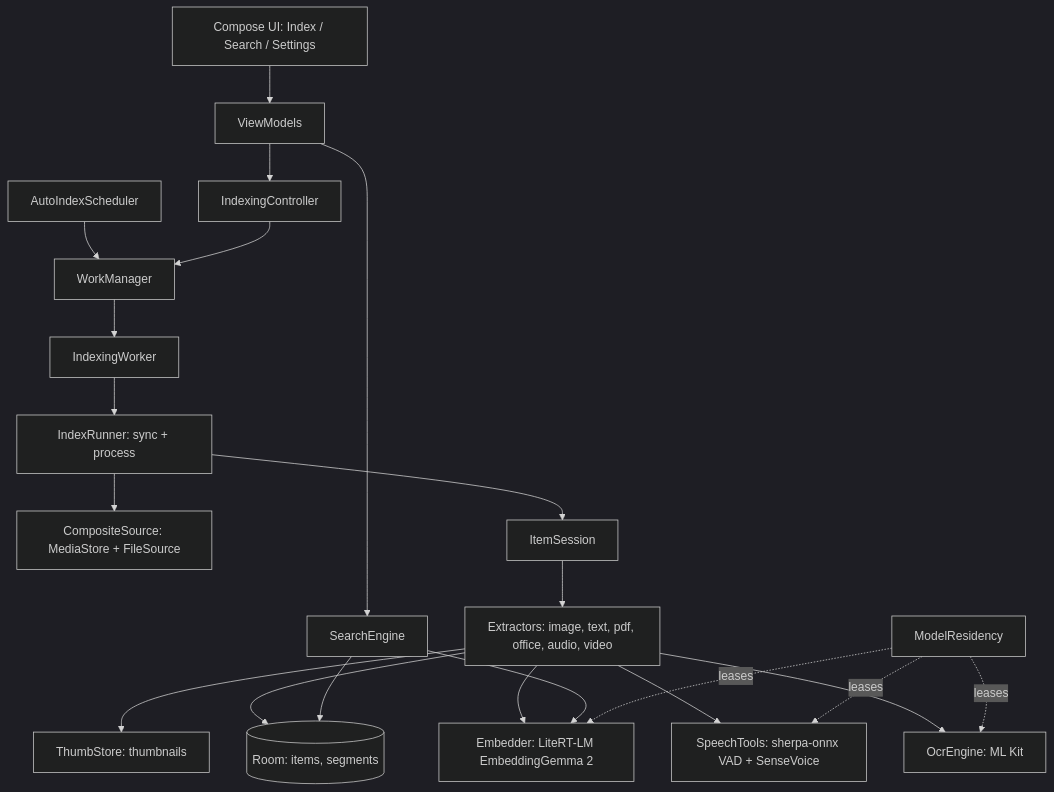
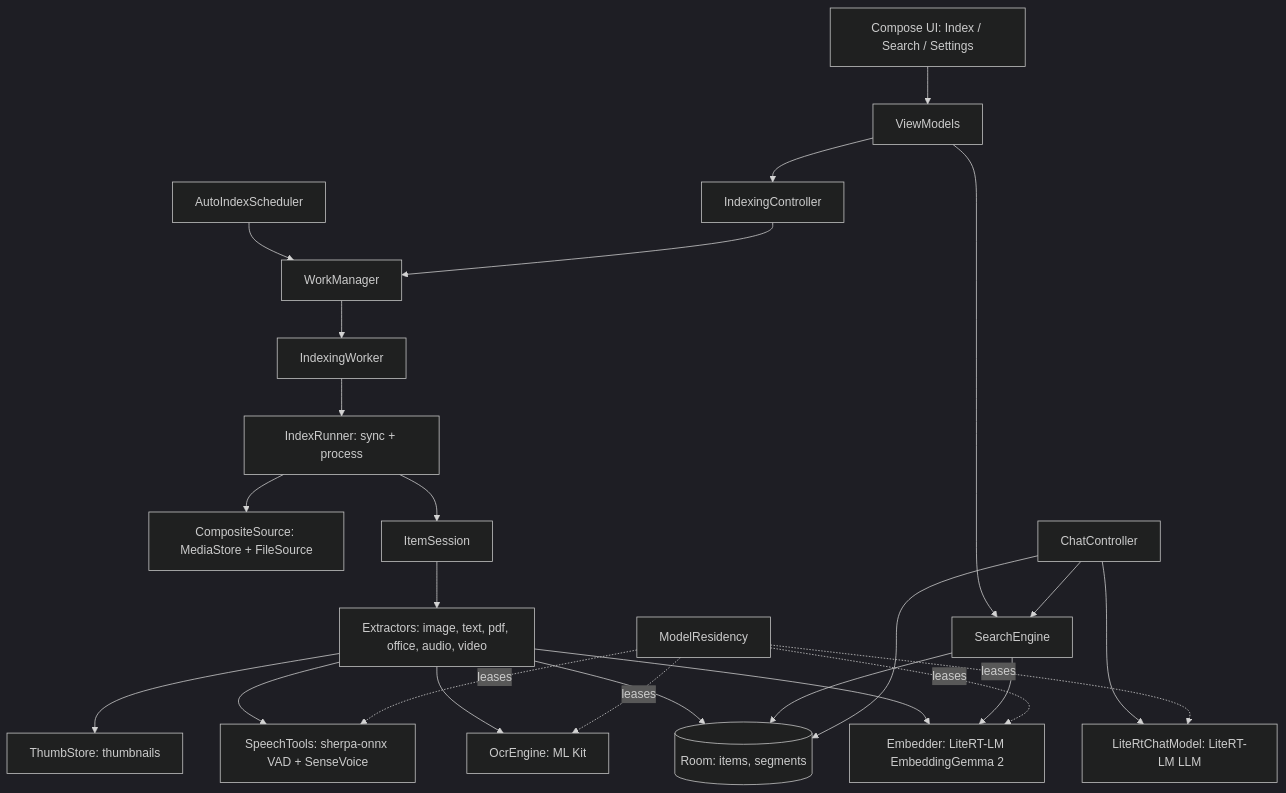
Before and after one commit to TaeHunKim/Nunsori: the diagram in docs/architecture.md, drawn with Mermaid (dark theme). The commit also changed other lines of this file and 40 other files, not shown here.

````diff
--- a/docs/architecture.md
+++ b/docs/architecture.md
@@ -14,23 +14,27 @@
 ```mermaid
 flowchart TD
     UI[Compose UI: Index / Search / Settings] --> VM[ViewModels]
     VM --> CTRL[IndexingController]
     VM --> SE[SearchEngine]
     SCHED[AutoIndexScheduler] --> WM[WorkManager]
     CTRL --> WM
     WM --> W[IndexingWorker]
     W --> RUN[IndexRunner: sync + process]
     RUN --> SRC[CompositeSource: MediaStore + FileSource]
     RUN --> SESS[ItemSession]
     SESS --> X[Extractors: image, text, pdf, office, audio, video]
     X --> EMB[Embedder: LiteRT-LM EmbeddingGemma 2]
     X --> OCR[OcrEngine: ML Kit]
     X --> ASR[SpeechTools: sherpa-onnx VAD + SenseVoice]
     X --> DB[(Room: items, segments)]
     X --> TH[ThumbStore: thumbnails]
     SE --> DB
     SE --> EMB
+    CHAT[ChatController] --> SE
+    CHAT --> LLM[LiteRtChatModel: LiteRT-LM LLM]
+    CHAT --> DB
     RES[ModelResidency] -.leases.-> EMB
     RES -.leases.-> OCR
     RES -.leases.-> ASR
+    RES -.leases.-> LLM
 ```
````
